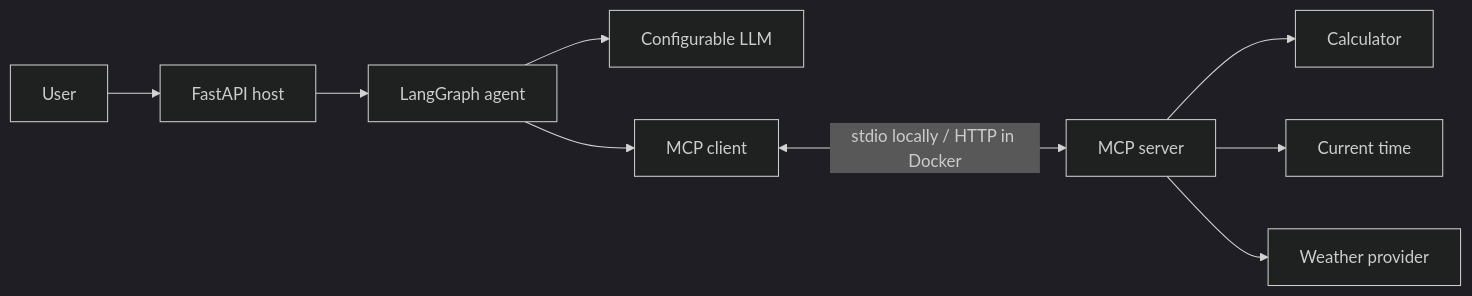
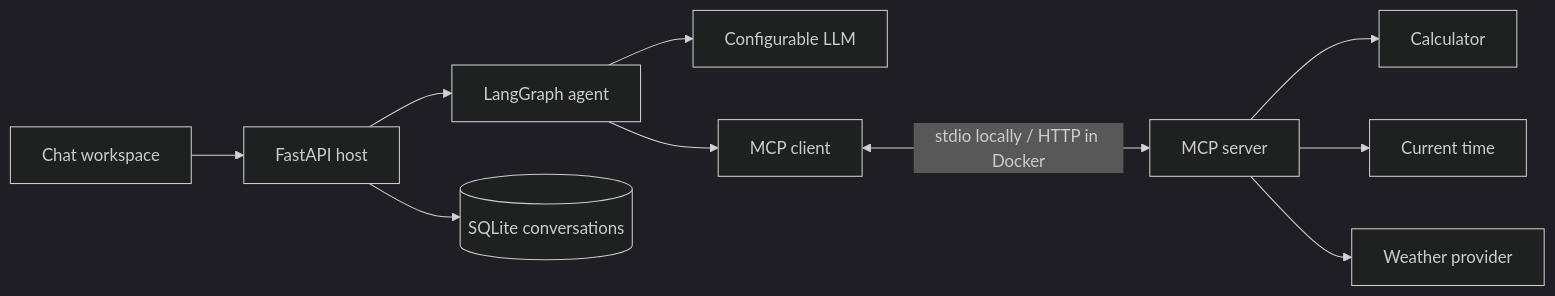
The diagram in README.md (shyamjipatel/mcp-tool-using-agent), drawn with Mermaid (dark theme) before and after one commit. The commit also changed other lines of this file and 16 other files, not shown here.

Commit message:
feat: add multi-conversation chat workspace and demo mode

````diff
--- a/README.md
+++ b/README.md
@@ -16,11 +18,12 @@
 ```mermaid
 flowchart LR
-    U[User] --> A[FastAPI host]
+    U[Chat workspace] --> A[FastAPI host]
     A --> G[LangGraph agent]
+    A --> D[(SQLite conversations)]
     G --> L[Configurable LLM]
     G --> C[MCP client]
     C <-->|stdio locally / HTTP in Docker| S[MCP server]
     S --> T[Calculator]
     S --> Z[Current time]
     S --> W[Weather provider]
 ```
````
